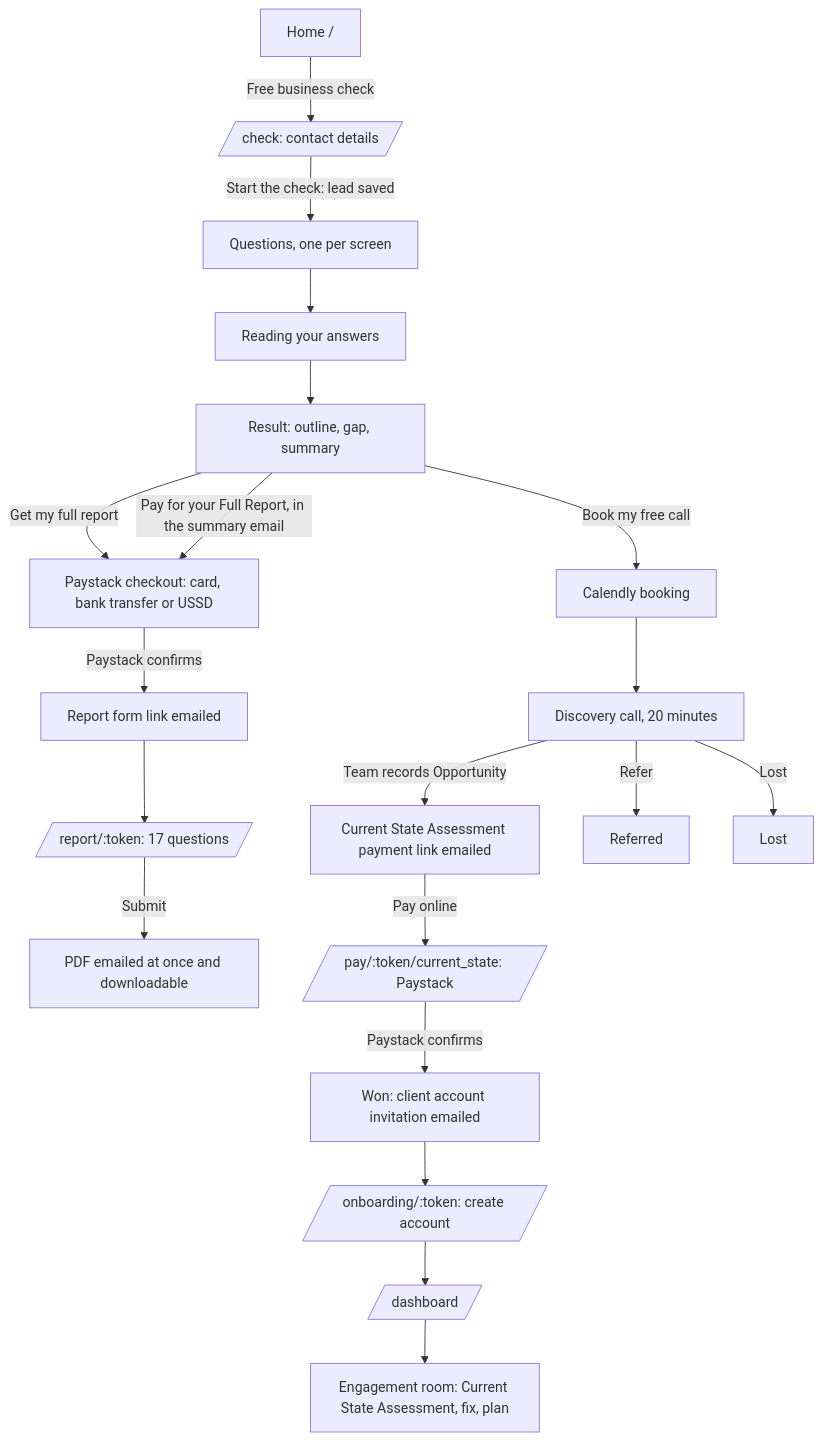
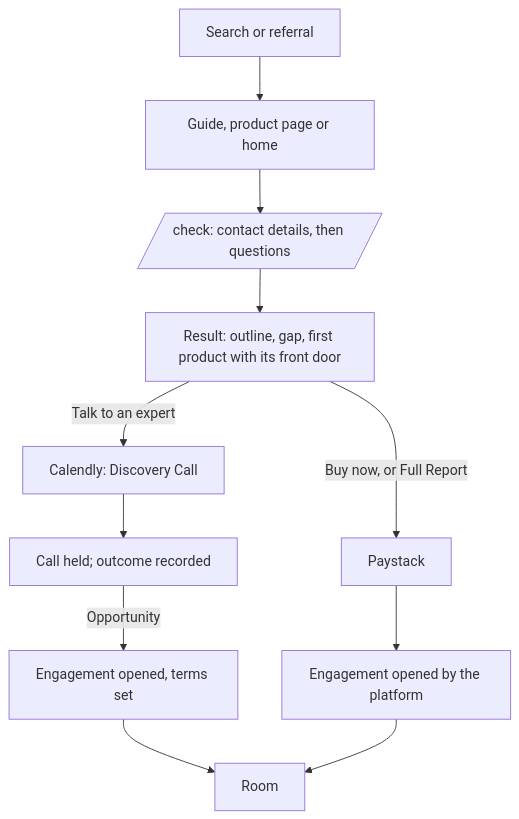
The second of 2 diagrams in docs/product/03-app-flow.md (IPfactory01/IPF-SME), drawn with Mermaid before and after one commit. The commit also changed other lines of this file and 3 other files, not shown here.

First line of the commit message:
PRD and App flow: the whole-system review (branch only, for ET's review)

````diff
--- a/docs/product/03-app-flow.md
+++ b/docs/product/03-app-flow.md
@@ -59,22 +77,13 @@
 ```mermaid
 flowchart TD
-  A[Home /] -->|Free business check| B[/check: contact details/]
-  B -->|Start the check: lead saved| C[Questions, one per screen]
-  C --> D[Reading your answers]
-  D --> E[Result: outline, gap, summary]
-  E -->|Book my free call| F[Calendly booking]
-  E -->|Get my full report| GP[Paystack checkout: card, bank transfer or USSD]
-  E -->|Pay for your Full Report, in the summary email| GP
-  GP -->|Paystack confirms| G3[Report form link emailed]
-  G3 --> G4[/report/:token: 17 questions/]
-  G4 -->|Submit| G5[PDF emailed at once and downloadable]
-  F --> H[Discovery call, 20 minutes]
-  H -->|Team records Opportunity| I[Current State Assessment payment link emailed]
-  H -->|Refer| R[Referred]
-  H -->|Lost| L[Lost]
-  I -->|Pay online| IP[/pay/:token/current_state: Paystack/]
-  IP -->|Paystack confirms| J[Won: client account invitation emailed]
-  J --> K[/onboarding/:token: create account/]
-  K --> M[/dashboard/]
-  M --> N[Engagement room: Current State Assessment, fix, plan]
+  S[Search or referral] --> P[Guide, product page or home]
+  P --> C[/check: contact details, then questions/]
+  C --> R[Result: outline, gap, first product with its front door]
+  R -->|Buy now, or Full Report| B[Paystack]
+  R -->|Talk to an expert| K[Calendly: Discovery Call]
+  K --> D[Call held; outcome recorded]
+  D -->|Opportunity| E[Engagement opened, terms set]
+  B --> E2[Engagement opened by the platform]
+  E --> F[Room]
+  E2 --> F
 ```
````
